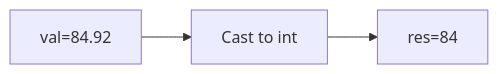
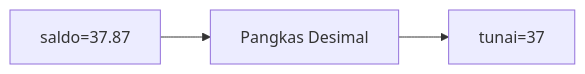
One commit to amnahwaida/OSNK_INF_PREP changed diagram 16 of 25 in part-c-pemahaman-cpp/01-tipe-data/latihan/set-08.md. Above: the diagram before and after it, drawn with Mermaid. The commit also changed other lines of this file and 71 other files, not shown here.

````diff
--- a/part-c-pemahaman-cpp/01-tipe-data/latihan/set-08.md
+++ b/part-c-pemahaman-cpp/01-tipe-data/latihan/set-08.md
@@ -431,5 +451,5 @@
 ```mermaid
 graph LR
-A["val=84.92"] --> B["Cast to int"]
-B --> C["res=84"]
+A["saldo=37.87"] --> B["Pangkas Desimal"]
+B --> C["tunai=37"]
 ```
````
